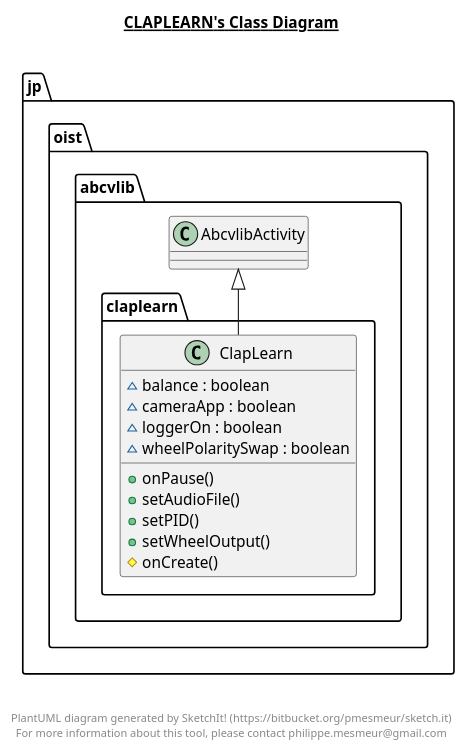
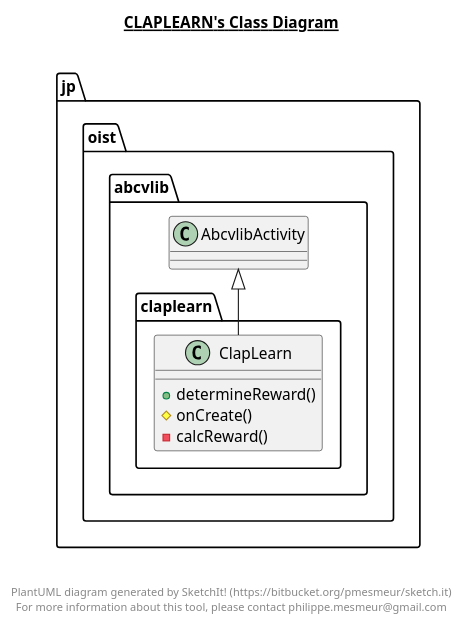
Before and after one commit to oist/smartphone-robot-android: the diagram in clapLearn/src/main/java/jp/oist/abcvlib/claplearn/claplearn.plantuml, drawn with PlantUML. The commit also changed 87 other files, not shown here.

```diff
--- a/clapLearn/src/main/java/jp/oist/abcvlib/claplearn/claplearn.plantuml
+++ b/clapLearn/src/main/java/jp/oist/abcvlib/claplearn/claplearn.plantuml
@@ -1,32 +1,26 @@
 @startuml
 
 title __CLAPLEARN's Class Diagram__\n
 
   namespace jp.oist.abcvlib {
     namespace claplearn {
       class jp.oist.abcvlib.claplearn.ClapLearn {
-          ~ balance : boolean
-          ~ cameraApp : boolean
-          ~ loggerOn : boolean
-          ~ wheelPolaritySwap : boolean
-          + onPause()
-          + setAudioFile()
-          + setPID()
-          + setWheelOutput()
+          + determineReward()
           # onCreate()
+          - calcReward()
       }
     }
   }
   
 
   jp.oist.abcvlib.claplearn.ClapLearn -up-|> jp.oist.abcvlib.AbcvlibActivity
 
 
 right footer
 
 
 PlantUML diagram generated by SketchIt! (https://bitbucket.org/pmesmeur/sketch.it)
 For more information about this tool, please contact philippe.mesmeur@gmail.com
 endfooter
 
 @enduml
```
